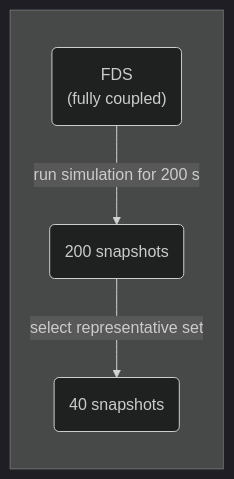
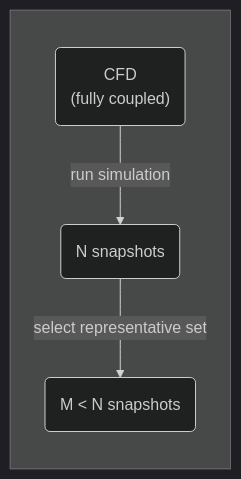
Before and after one commit to jsaileruow/radi-db: the first of 2 diagrams in README.md, drawn with Mermaid (dark theme). The commit also changed other lines of this file and 1 other file, not shown here.

````diff
--- a/README.md
+++ b/README.md
@@ -150,7 +153,7 @@
 ```mermaid 
 flowchart LR
 subgraph " "
-  a("FDS
-  (fully coupled)") -- "run simulation for 200 s" --> b("200 snapshots") -- "select representative set" --> c("40 snapshots")
+  a("CFD
+  (fully coupled)") -- "run simulation" --> b("N snapshots") -- "select representative set" --> c("M < N snapshots")
 end 
 ```
````
